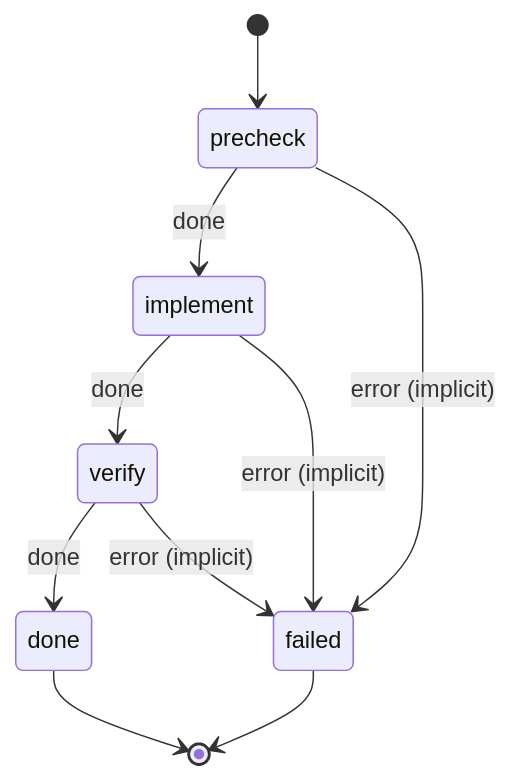
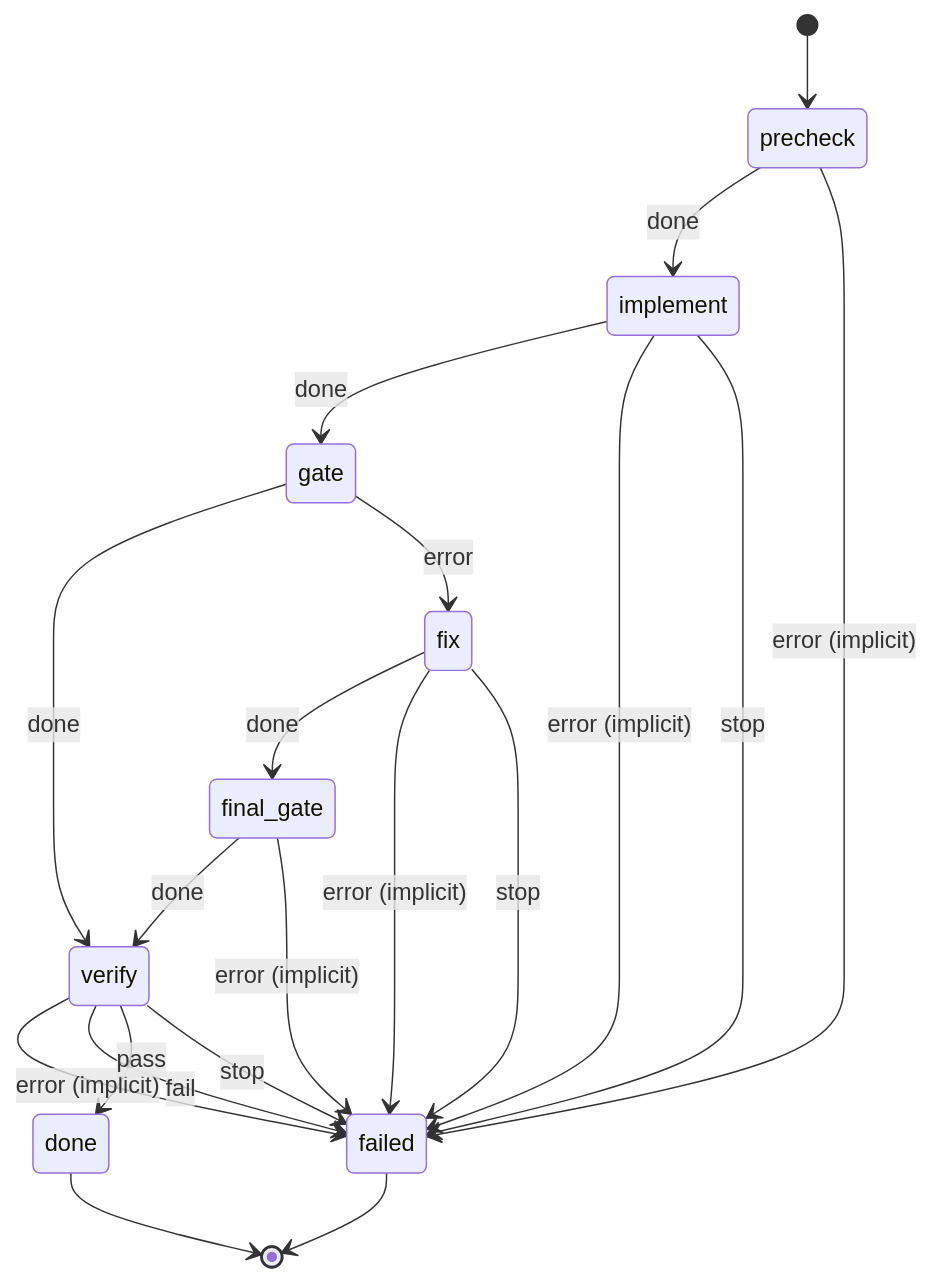
Before and after one commit to jtmckay/decree: the diagram in .decree/graph/develop.md, drawn with Mermaid. The commit also changed other lines of this file and 37 other files, not shown here.

````diff
--- a/.decree/graph/develop.md
+++ b/.decree/graph/develop.md
@@ -7,12 +7,22 @@
 ```mermaid
 stateDiagram-v2
     [*] --> precheck
-    implement --> verify: done
+    final_gate --> verify: done
+    final_gate --> failed: error (implicit)
+    fix --> final_gate: done
+    fix --> failed: error (implicit)
+    fix --> failed: stop
+    gate --> verify: done
+    gate --> fix: error
+    implement --> gate: done
     implement --> failed: error (implicit)
+    implement --> failed: stop
     precheck --> implement: done
     precheck --> failed: error (implicit)
-    verify --> done: done
     verify --> failed: error (implicit)
+    verify --> failed: fail
+    verify --> done: pass
+    verify --> failed: stop
     done --> [*]
     failed --> [*]
 ```
````
